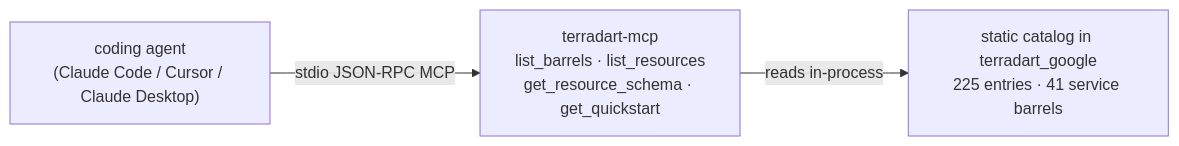
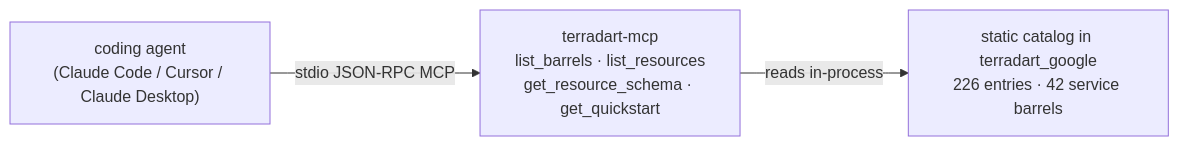
One commit to nozomi-koborinai/terradart changed the diagram in website/src/content/docs/docs/agent/index.md. Above: the diagram before and after it, drawn with Mermaid. The commit also changed other lines of this file and 27 other files, not shown here.

````diff
--- a/website/src/content/docs/docs/agent/index.md
+++ b/website/src/content/docs/docs/agent/index.md
@@ -12,8 +12,8 @@
 ```mermaid
 graph LR
   agent["coding agent<br/>(Claude Code / Cursor / Claude Desktop)"]
   mcp["terradart-mcp<br/>list_barrels · list_resources<br/>get_resource_schema · get_quickstart"]
-  catalog["static catalog in terradart_google<br/>225 entries · 41 service barrels"]
+  catalog["static catalog in terradart_google<br/>226 entries · 42 service barrels"]
   agent -->|stdio JSON-RPC MCP| mcp
   mcp -->|reads in-process| catalog
 ```
````
